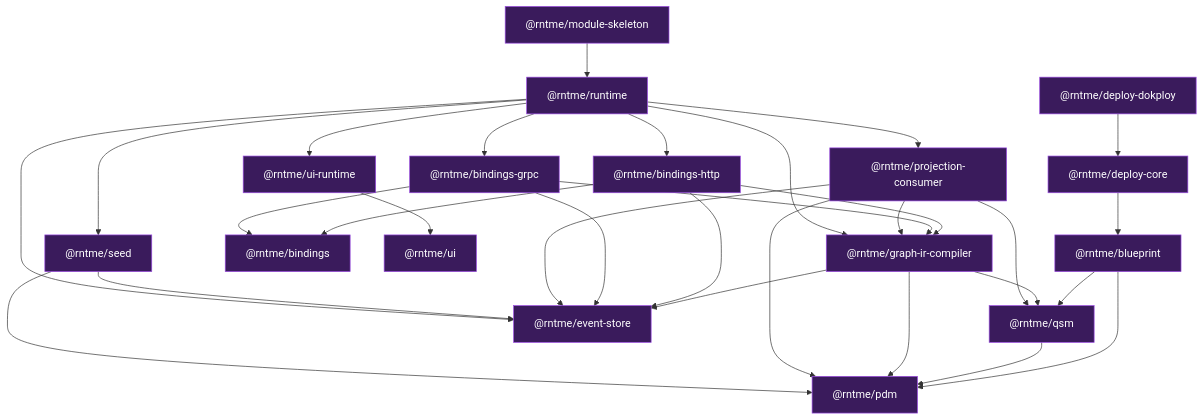
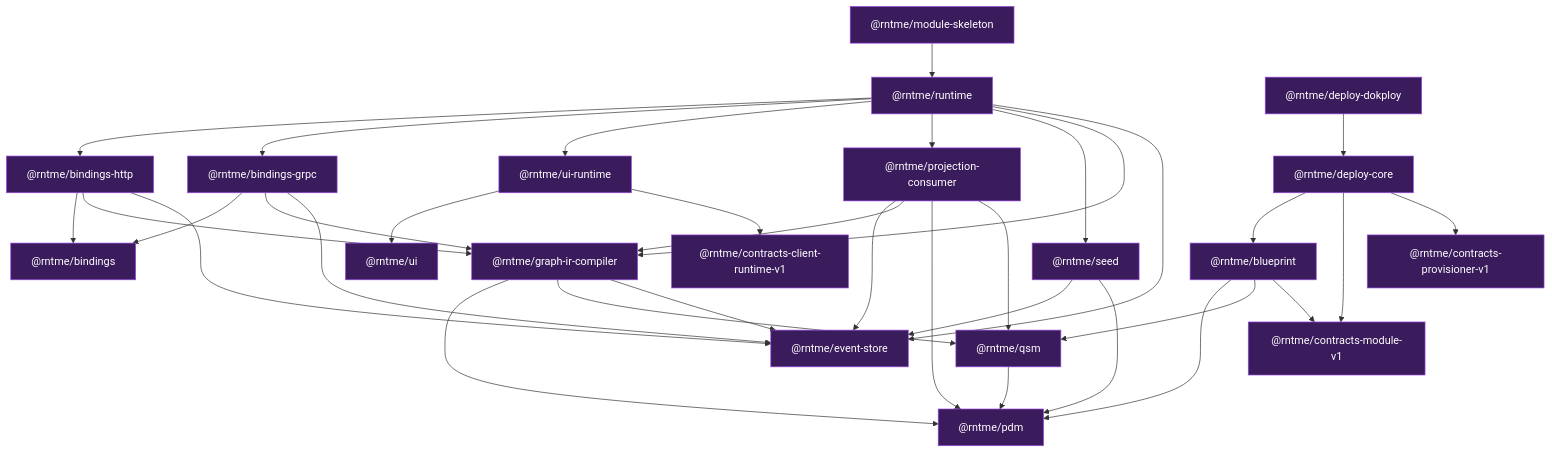
One commit to vladprrs/rntme changed the fourth of 18 diagrams in docs/architecture.md. Above: the diagram before and after it, drawn with Mermaid. The commit also changed other lines of this file and 49 other files, not shown here.

````diff
--- a/docs/architecture.md
+++ b/docs/architecture.md
@@ -161,35 +161,38 @@
 ```mermaid
 flowchart TB
     classDef pkg fill:#3a1b5c,stroke:#9a4ae2,color:#fff;
     classDef demo fill:#1b5c3a,stroke:#4ae29a,color:#fff;
 
     BP["@rntme/blueprint"]:::pkg
     PDM["@rntme/pdm"]:::pkg
     QSM["@rntme/qsm"]:::pkg
     ES["@rntme/event-store"]:::pkg
     GIR["@rntme/graph-ir-compiler"]:::pkg
     B["@rntme/bindings"]:::pkg
     BH["@rntme/bindings-http"]:::pkg
     BG["@rntme/bindings-grpc"]:::pkg
     UI["@rntme/ui"]:::pkg
     UIR["@rntme/ui-runtime"]:::pkg
     PC["@rntme/projection-consumer"]:::pkg
     SD["@rntme/seed"]:::pkg
     RT["@rntme/runtime"]:::pkg
     MS["@rntme/module-skeleton"]:::pkg
+    CMV1["@rntme/contracts-module-v1"]:::pkg
+    CPV1["@rntme/contracts-provisioner-v1"]:::pkg
+    CCRV1["@rntme/contracts-client-runtime-v1"]:::pkg
     DC["@rntme/deploy-core"]:::pkg
     DD["@rntme/deploy-dokploy"]:::pkg
 
-    BP --> PDM & QSM
+    BP --> PDM & QSM & CMV1
     QSM --> PDM
     GIR --> PDM & QSM & ES
     BH --> B & GIR & ES
     BG --> B & GIR & ES
-    UIR --> UI
+    UIR --> UI & CCRV1
     PC --> ES & GIR & PDM & QSM
     SD --> ES & PDM
     RT --> BH & BG & UIR & PC & SD & GIR & ES
     MS --> RT
-    DC --> BP
+    DC --> BP & CMV1 & CPV1
     DD --> DC
 ```
````
